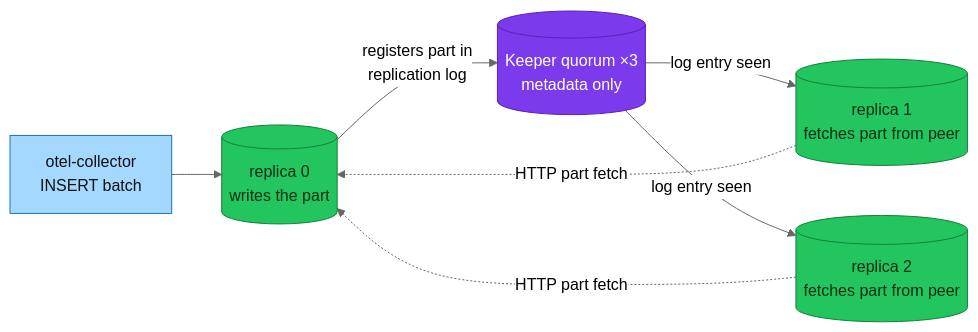
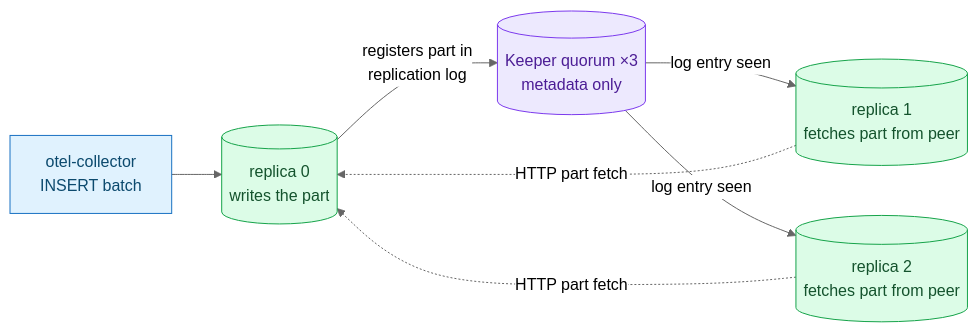
Before and after one commit to duynhlab/homelab: the first of 3 diagrams in docs/proposals/rfc/RFC-0028/research.md, drawn with Mermaid (neutral theme). The commit also changed other lines of this file and 174 other files, not shown here.

First line of the commit message:
Soft-tint diagram palette, a signal-flow diagram, a Linux-ready Draw.io skill

````diff
--- a/docs/proposals/rfc/RFC-0028/research.md
+++ b/docs/proposals/rfc/RFC-0028/research.md
@@ -146,12 +146,12 @@
 ```mermaid
 flowchart LR
   OC["otel-collector<br/>INSERT batch"]:::collector --> R0[("replica 0<br/>writes the part")]:::data
   R0 -->|"registers part in<br/>replication log"| K[("Keeper quorum ×3<br/>metadata only")]:::platform
   K -->|"log entry seen"| R1[("replica 1<br/>fetches part from peer")]:::data
   K -->|"log entry seen"| R2[("replica 2<br/>fetches part from peer")]:::data
   R1 -.->|"HTTP part fetch"| R0
   R2 -.->|"HTTP part fetch"| R0
-  classDef collector fill:#a5d8ff,color:#111,stroke:#1971c2;
-  classDef platform fill:#7c3aed,color:#fff,stroke:#5b21b6;
-  classDef data fill:#22c55e,color:#052e16,stroke:#15803d;
+  classDef collector fill:#e0f2fe,color:#0c4a6e,stroke:#1971c2;
+  classDef platform fill:#ede9fe,color:#4c1d95,stroke:#7c3aed;
+  classDef data fill:#dcfce7,color:#14532d,stroke:#16a34a;
 ```
````
